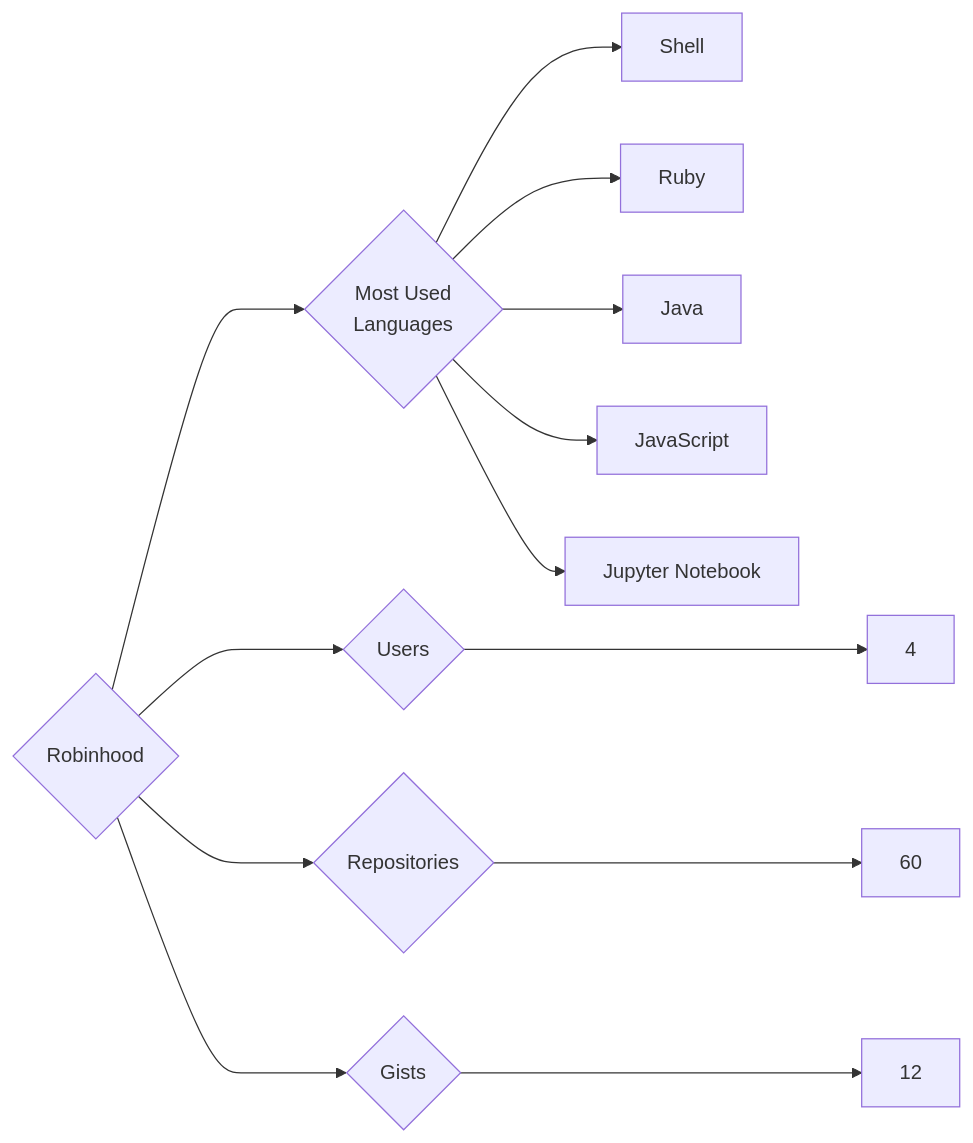
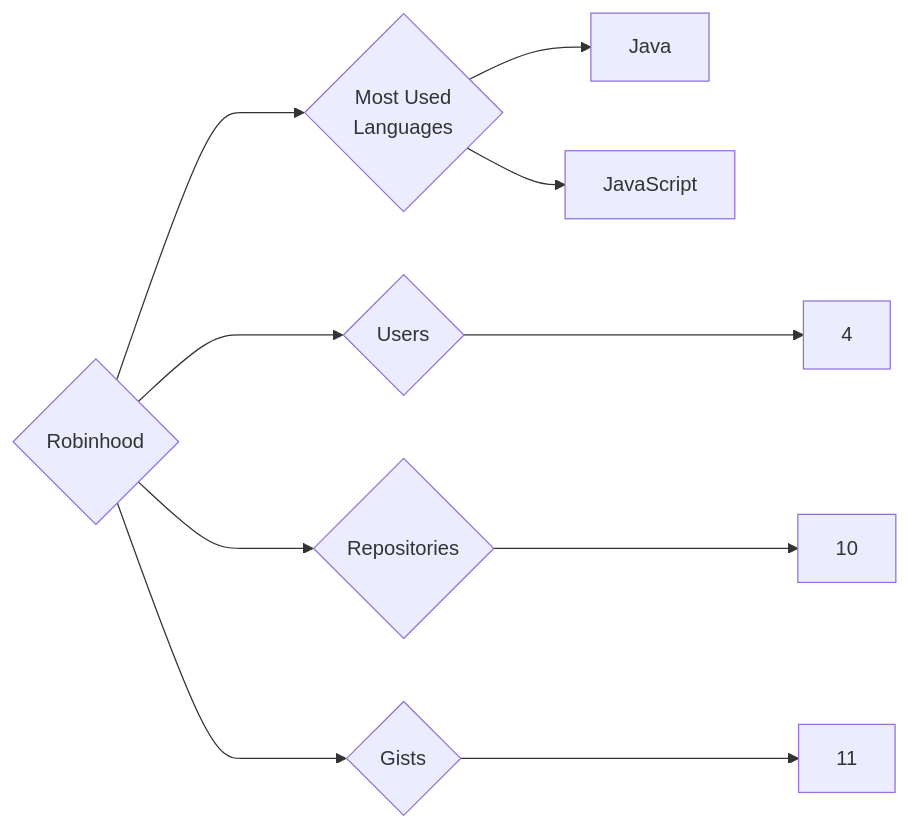
Before and after one commit to trickest/insiders: the diagram in targets/Robinhood/README.md, drawn with Mermaid. The commit also changed 534 other files, not shown here.

````diff
--- a/targets/Robinhood/README.md
+++ b/targets/Robinhood/README.md
@@ -3,13 +3,10 @@
 ```mermaid
 graph LR
 COMPANY_NAME{Robinhood}
 COMPANY_NAME ---> U{Users} ---> UN[4]
-COMPANY_NAME ---> R{Repositories} ---> RN[60]
-COMPANY_NAME ---> G{Gists} ---> GN[12]
+COMPANY_NAME ---> R{Repositories} ---> RN[10]
+COMPANY_NAME ---> G{Gists} ---> GN[11]
 COMPANY_NAME ---> ML{Most Used<br>Languages}
-ML --> Shell[Shell]
-ML --> Ruby[Ruby]
 ML --> Java[Java]
 ML --> JavaScript[JavaScript]
-ML --> Jupyter_Notebook[Jupyter Notebook]
 ```
````
